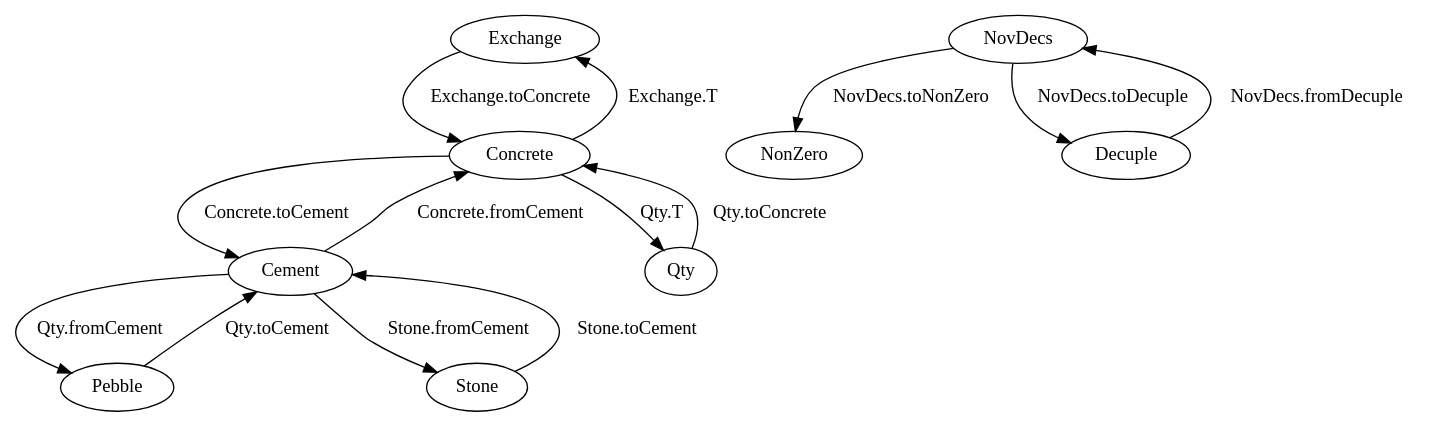
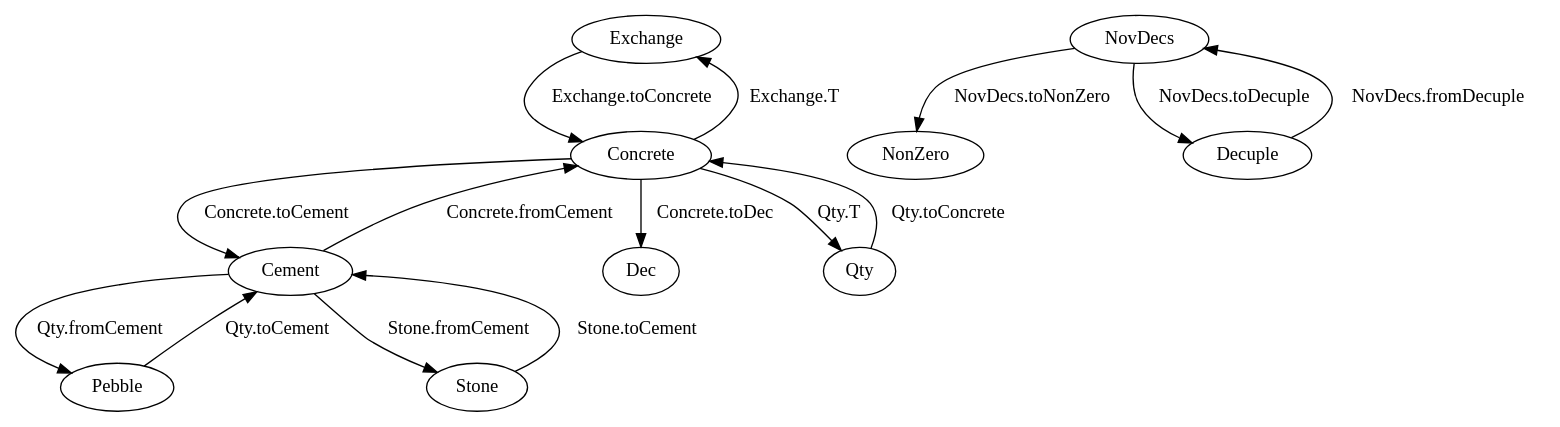
Before and after one commit to analyticd/penny: the diagram in dot/functions.dot, drawn with Graphviz. The commit also changed 2 other files, not shown here.

```diff
--- a/dot/functions.dot
+++ b/dot/functions.dot
@@ -1,28 +1,30 @@
 digraph functions {
 
   // Exchange
   Exchange -> Concrete [label="Exchange.toConcrete"];
   Concrete -> Exchange [label="Exchange.T"];
 
   // Concrete
   Concrete -> Cement [label="Concrete.toCement"];
   Cement -> Concrete [label="Concrete.fromCement"];
+  // there is no Dec->Concrete; that is partial
+  Concrete -> Dec [label="Concrete.toDec"];
 
   // NovDecs
   NovDecs -> NonZero [label="NovDecs.toNonZero"];
   NovDecs -> Decuple [label="NovDecs.toDecuple"];
   Decuple -> NovDecs [label="NovDecs.fromDecuple"];
 
   // Qty
   Qty -> Concrete [label="Qty.toConcrete"];
   Concrete -> Qty [label="Qty.T"];
 
   // Pebble
   Pebble -> Cement [label="Qty.toCement"];
   Cement -> Pebble [label="Qty.fromCement"];
 
   // Stone
   Stone -> Cement [label="Stone.toCement"];
   Cement -> Stone [label="Stone.fromCement"];
 
 }
```
